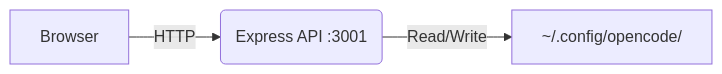
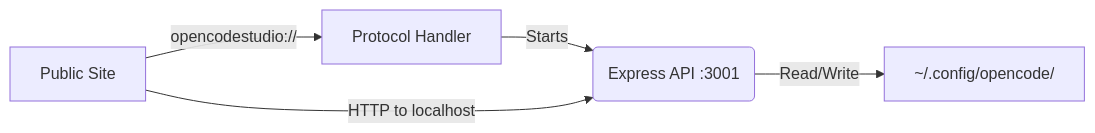
The first of 2 diagrams in README.md (Microck/opencode-studio), drawn with Mermaid before and after one commit. The commit also changed other lines of this file, not shown here.

````diff
--- a/README.md
+++ b/README.md
@@ -58,5 +63,7 @@
 ```mermaid
 flowchart LR
-    A[Browser] -->|HTTP| B(Express API :3001)
-    B -->|Read/Write| C[~/.config/opencode/]
+    A[Public Site] -->|opencodestudio://| B[Protocol Handler]
+    B -->|Starts| C(Express API :3001)
+    C -->|Read/Write| D[~/.config/opencode/]
+    A -->|HTTP to localhost| C
 ```
````
